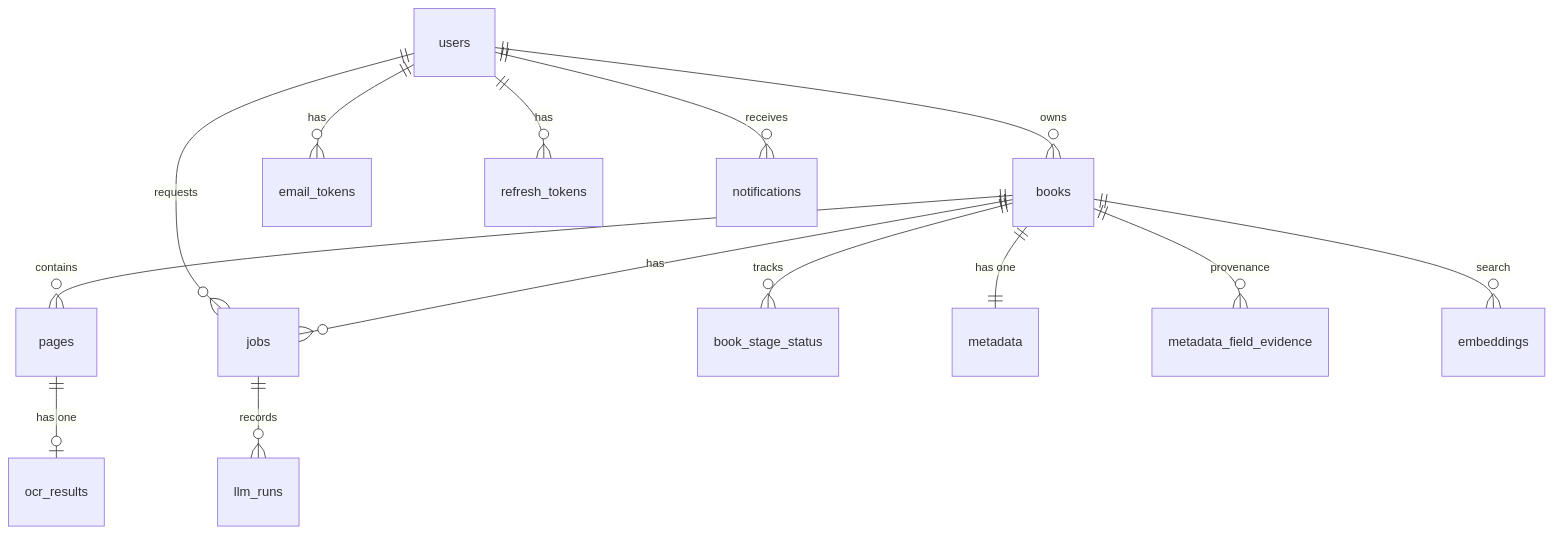
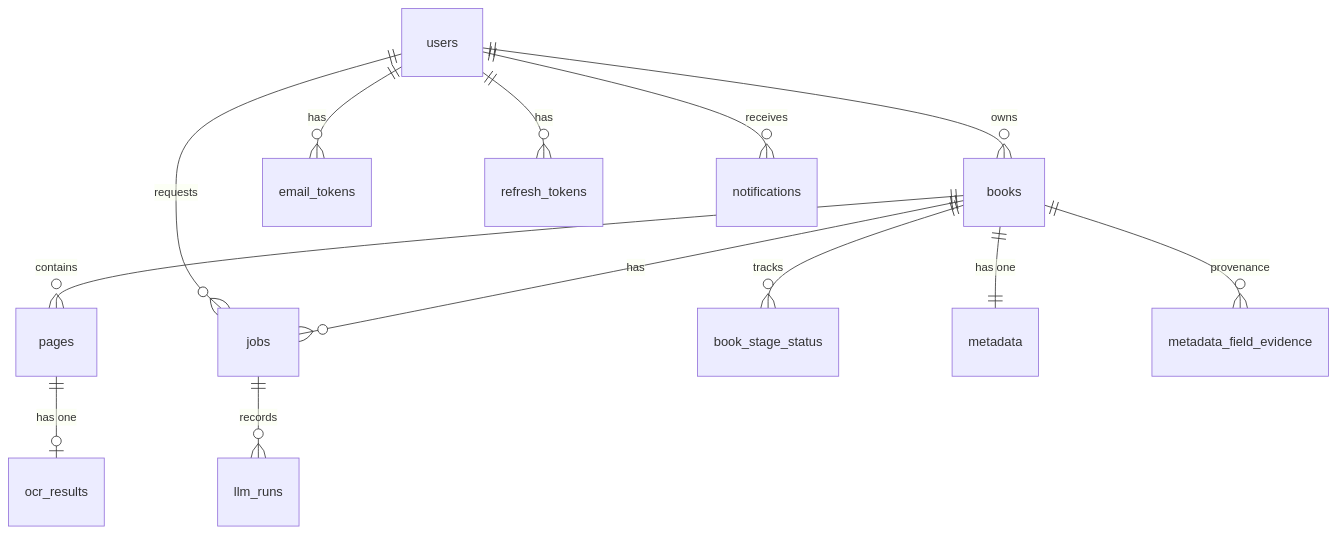
The second of 3 diagrams in docs/architecture/system-architecture.md (Agamya-Samuel/indic-book-metadata-extractor-v2), drawn with Mermaid before and after one commit. The commit also changed other lines of this file and 12 other files, not shown here.

````diff
--- a/docs/architecture/system-architecture.md
+++ b/docs/architecture/system-architecture.md
@@ -162,18 +162,17 @@
 ```mermaid
 erDiagram
     users ||--o{ books : owns
     users ||--o{ jobs : requests
     users ||--o{ email_tokens : has
     users ||--o{ refresh_tokens : has
     users ||--o{ notifications : receives
 
     books ||--o{ pages : "contains"
     books ||--o{ jobs : "has"
     books ||--o{ book_stage_status : "tracks"
     books ||--|| metadata : "has one"
     books ||--o{ metadata_field_evidence : "provenance"
-    books ||--o{ embeddings : "search"
 
     pages ||--o| ocr_results : "has one"
     jobs ||--o{ llm_runs : "records"
 ```
````
